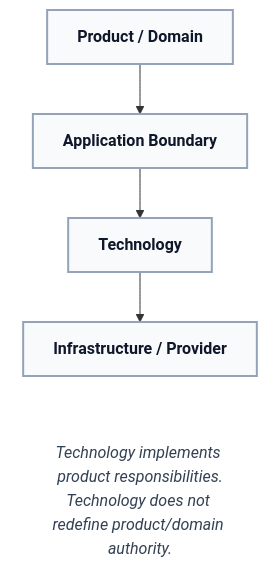
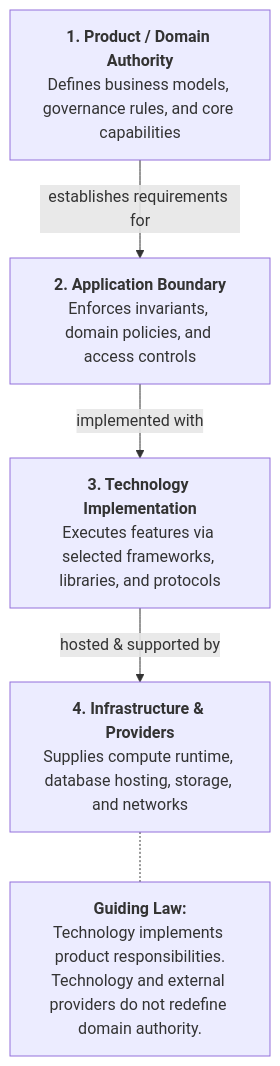
The fourth of 5 diagrams in docs/architecture/10-Technology-Stack.md (davidalbertstark-lab/Lenar), drawn with Mermaid before and after one commit. The commit also changed other lines of this file and 28 other files, not shown here.

Commit message:
docs: system-wide diagram redesign for first-instance comprehension

````diff
--- a/docs/architecture/10-Technology-Stack.md
+++ b/docs/architecture/10-Technology-Stack.md
@@ -213,21 +191,14 @@
 ```mermaid
 flowchart TD
-    classDef step fill:#f8fafc,stroke:#94a3b8,stroke-width:2px,color:#0f172a,font-weight:bold
-    classDef note fill:none,stroke:none,font-style:italic,color:#334155
+    PD["<b>1. Product / Domain Authority</b><br/>Defines business models, governance rules, and core capabilities"]
+    AB["<b>2. Application Boundary</b><br/>Enforces invariants, domain policies, and access controls"]
+    T["<b>3. Technology Implementation</b><br/>Executes features via selected frameworks, libraries, and protocols"]
+    IP["<b>4. Infrastructure & Providers</b><br/>Supplies compute runtime, database hosting, storage, and networks"]
 
-    PD[Product / Domain]
-    AB[Application Boundary]
-    T[Technology]
-    IP[Infrastructure / Provider]
-    
-    PD --> AB
-    AB --> T
-    T --> IP
-    
-    N["Technology implements product responsibilities.<br/>Technology does not redefine product/domain authority."]
-    
-    IP ~~~ N
-    
-    class PD,AB,T,IP step;
-    class N note;
+    PD -->|"establishes requirements for"| AB
+    AB -->|"implemented with"| T
+    T -->|"hosted & supported by"| IP
+
+    rule["<b>Guiding Law:</b><br/>Technology implements product responsibilities.<br/>Technology and external providers do not redefine domain authority."]
+    IP -.- rule
 ```
````
